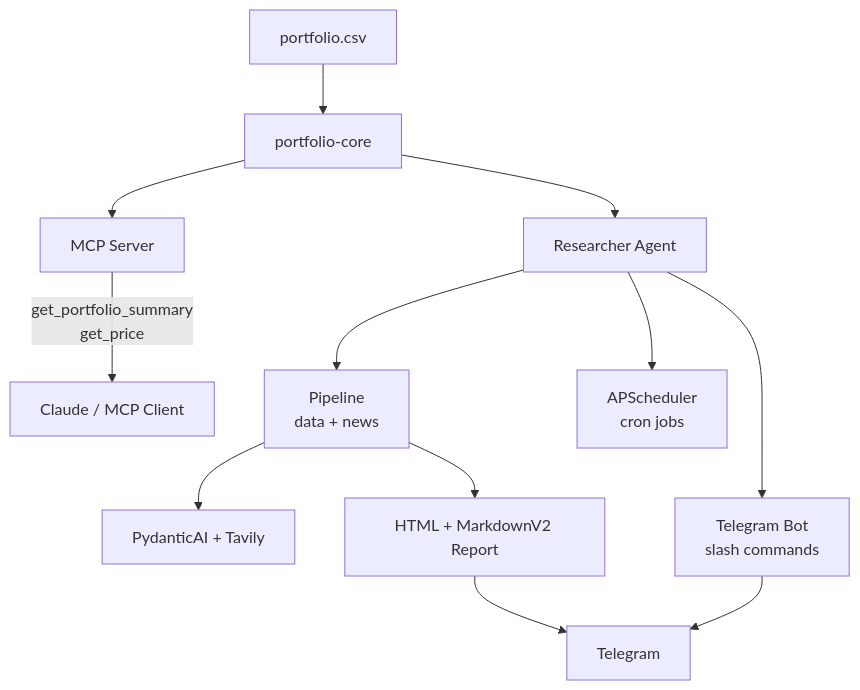
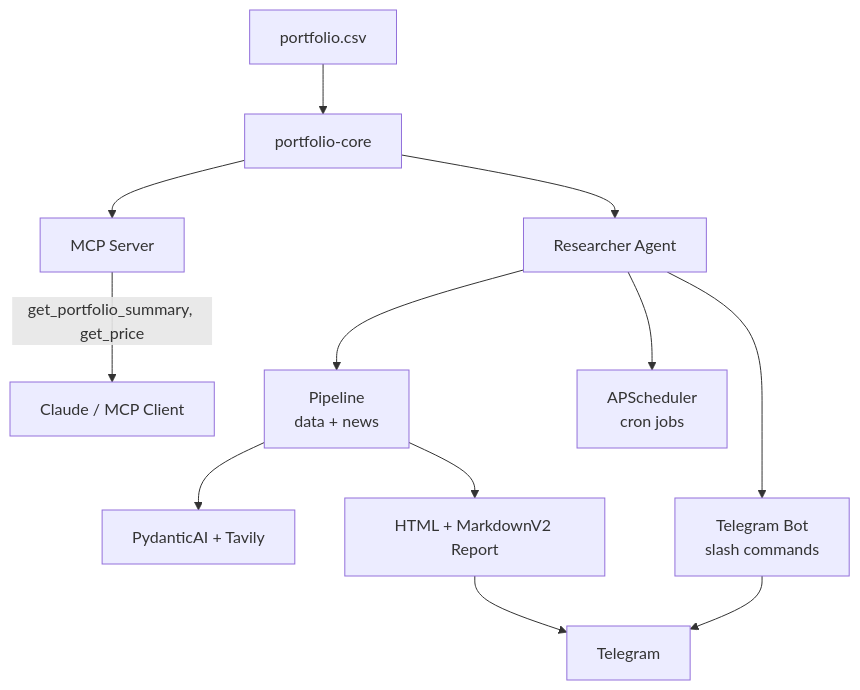
The diagram in README.md (PuChenTW/portfolio-report), drawn with Mermaid before and after one commit. The commit also changed other lines of this file, not shown here.

Commit message:
docs: fix README mermaid syntax, remove broken example file refs, add optional env vars

````diff
--- a/README.md
+++ b/README.md
@@ -18,14 +18,14 @@
 ```mermaid
 flowchart TD
     CSV[portfolio.csv] --> Core[portfolio-core]
     Core --> MCP[MCP Server]
     Core --> Agent[Researcher Agent]
-    MCP -->|get_portfolio_summary\nget_price| Claude[Claude / MCP Client]
-    Agent --> Pipeline[Pipeline\ndata + news]
+    MCP -->|"get_portfolio_summary, get_price"| Claude[Claude / MCP Client]
+    Agent --> Pipeline[Pipeline<br/>data + news]
     Pipeline --> PydanticAI[PydanticAI + Tavily]
     Pipeline --> Report[HTML + MarkdownV2 Report]
     Report --> Telegram[Telegram]
-    Agent --> Scheduler[APScheduler\ncron jobs]
-    Agent --> Bot[Telegram Bot\nslash commands]
+    Agent --> Scheduler[APScheduler<br/>cron jobs]
+    Agent --> Bot[Telegram Bot<br/>slash commands]
     Bot --> Telegram
 ```
````
